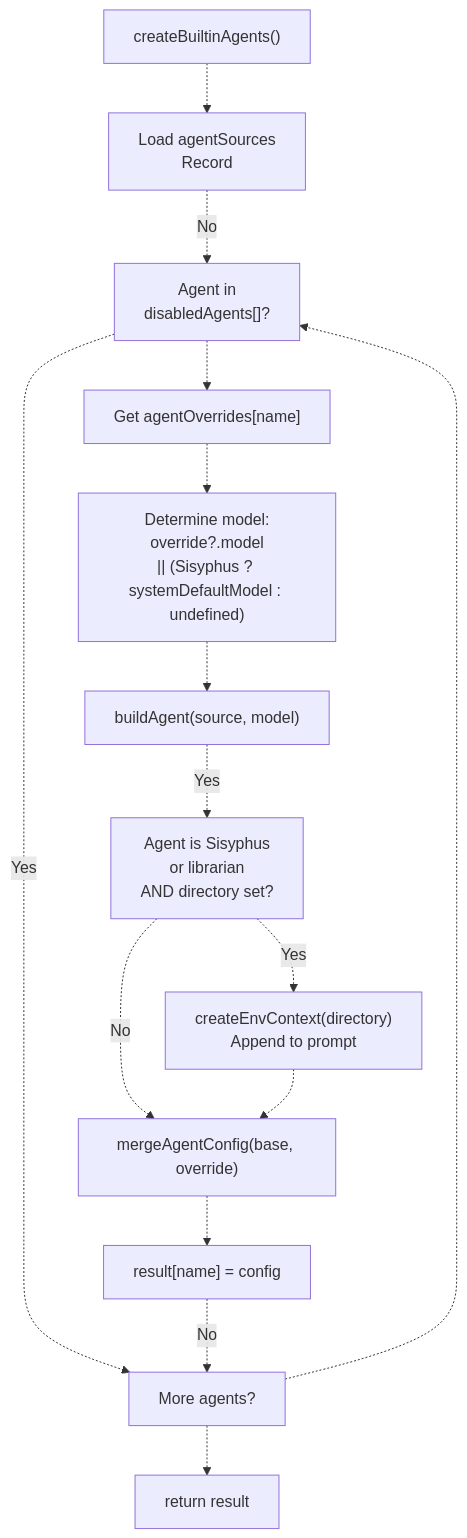
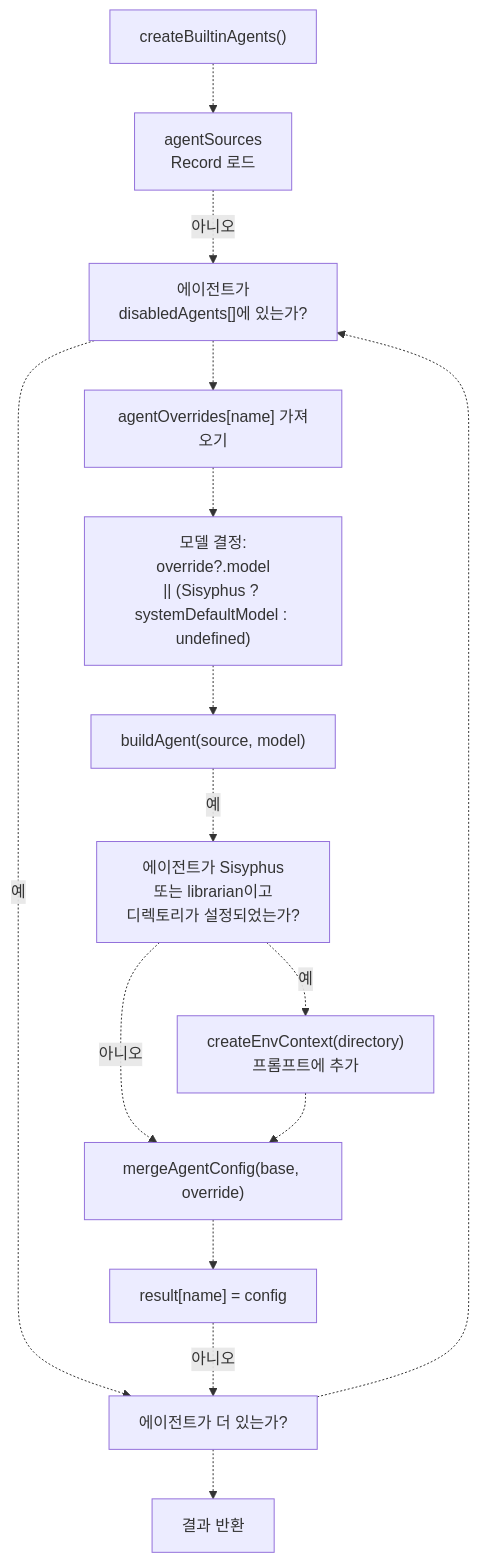
The third of 5 diagrams in docs/agents/agent-system.md (felipetruman/oh-my-opencode-docs), drawn with Mermaid before and after one commit. The commit also changed other lines of this file and 76 other files, not shown here.

````diff
--- a/docs/agents/agent-system.md
+++ b/docs/agents/agent-system.md
@@ -218,31 +212,31 @@
 ```mermaid
 flowchart TD
 
 Start["createBuiltinAgents()"]
-LoadSources["Load agentSources<br>Record"]
-CheckDisabled["Agent in<br>disabledAgents[]?"]
-GetOverride["Get agentOverrides[name]"]
-DetermineModel["Determine model:<br>override?.model<br>|| (Sisyphus ? systemDefaultModel : undefined)"]
+LoadSources["agentSources<br>Record 로드"]
+CheckDisabled["에이전트가<br>disabledAgents[]에 있는가?"]
+GetOverride["agentOverrides[name] 가져오기"]
+DetermineModel["모델 결정:<br>override?.model<br>|| (Sisyphus ? systemDefaultModel : undefined)"]
 BuildBase["buildAgent(source, model)"]
-CheckEnvContext["Agent is Sisyphus<br>or librarian<br>AND directory set?"]
-InjectEnv["createEnvContext(directory)<br>Append to prompt"]
+CheckEnvContext["에이전트가 Sisyphus<br>또는 librarian이고<br>디렉토리가 설정되었는가?"]
+InjectEnv["createEnvContext(directory)<br>프롬프트에 추가"]
 ApplyOverride["mergeAgentConfig(base, override)"]
 AddToResult["result[name] = config"]
-NextAgent["More agents?"]
-Return["return result"]
+NextAgent["에이전트가 더 있는가?"]
+Return["결과 반환"]
 
 Start -.-> LoadSources
-LoadSources -.->|"No"| CheckDisabled
-CheckDisabled -.->|"Yes"| NextAgent
+LoadSources -.->|"아니오"| CheckDisabled
+CheckDisabled -.->|"예"| NextAgent
 CheckDisabled -.-> GetOverride
 GetOverride -.-> DetermineModel
 DetermineModel -.-> BuildBase
-BuildBase -.->|"Yes"| CheckEnvContext
-CheckEnvContext -.->|"Yes"| InjectEnv
-CheckEnvContext -.->|"No"| ApplyOverride
+BuildBase -.->|"예"| CheckEnvContext
+CheckEnvContext -.->|"예"| InjectEnv
+CheckEnvContext -.->|"아니오"| ApplyOverride
 InjectEnv -.-> ApplyOverride
 ApplyOverride -.-> AddToResult
-AddToResult -.->|"No"| NextAgent
+AddToResult -.->|"아니오"| NextAgent
 NextAgent -.-> CheckDisabled
 NextAgent -.-> Return
 ```
````
